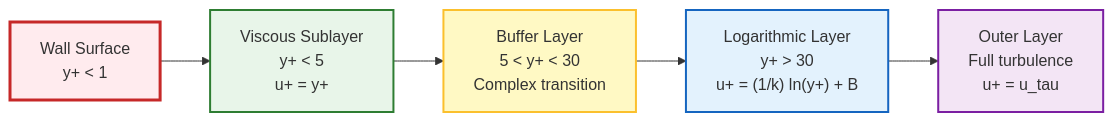
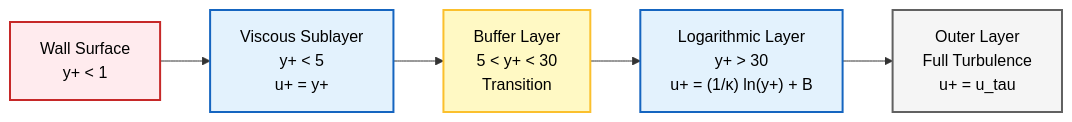
Before and after one commit to wramet/build-my-cfd: the fifth of 5 diagrams in MODULE_01_CFD_FUNDAMENTALS/CONTENT/03_BOUNDARY_CONDITIONS/04_Mathematical_Formulation.md, drawn with Mermaid. The commit also changed other lines of this file and 313 other files, not shown here.

Commit message:
Revise all diagram

````diff
--- a/MODULE_01_CFD_FUNDAMENTALS/CONTENT/03_BOUNDARY_CONDITIONS/04_Mathematical_Formulation.md
+++ b/MODULE_01_CFD_FUNDAMENTALS/CONTENT/03_BOUNDARY_CONDITIONS/04_Mathematical_Formulation.md
@@ -612,19 +597,18 @@
 ```mermaid
-graph LR
-    Wall["Wall Surface<br/>y+ < 1"]
-    Viscous["Viscous Sublayer<br/>y+ < 5<br/>u+ = y+"]
-    Buffer["Buffer Layer<br/>5 < y+ < 30<br/>Complex transition"]
-    Log["Logarithmic Layer<br/>y+ > 30<br/>u+ = (1/k) ln(y+) + B"]
-    Outer["Outer Layer<br/>Full turbulence<br/>u+ = u_tau"]
-
+flowchart LR
+    Wall["Wall Surface<br/>y+ < 1"]:::volatile
+    Viscous["Viscous Sublayer<br/>y+ < 5<br/>u+ = y+"]:::implicit
+    Buffer["Buffer Layer<br/>5 < y+ < 30<br/>Transition"]:::explicit
+    Log["Logarithmic Layer<br/>y+ > 30<br/>u+ = (1/κ) ln(y+) + B"]:::implicit
+    Outer["Outer Layer<br/>Full Turbulence<br/>u+ = u_tau"]:::context
+    
     Wall --> Viscous
     Viscous --> Buffer
     Buffer --> Log
     Log --> Outer
 
-    style Wall fill:#ffebee,stroke:#c62828,stroke-width:3px
-    style Viscous fill:#e8f5e9,stroke:#2e7d32,stroke-width:2px
-    style Buffer fill:#fff9c4,stroke:#fbc02d,stroke-width:2px
-    style Log fill:#e3f2fd,stroke:#1565c0,stroke-width:2px
-    style Outer fill:#f3e5f5,stroke:#7b1fa2,stroke-width:2px
+    classDef context fill:#f5f5f5,stroke:#616161,stroke-width:2px,color:#000;
+    classDef implicit fill:#e3f2fd,stroke:#1565c0,stroke-width:2px,color:#000;
+    classDef explicit fill:#fff9c4,stroke:#fbc02d,stroke-width:2px,color:#000;
+    classDef volatile fill:#ffebee,stroke:#c62828,stroke-width:2px,color:#000;
 ```
````
